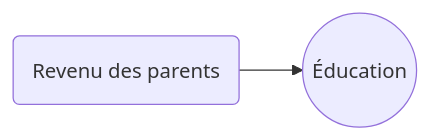
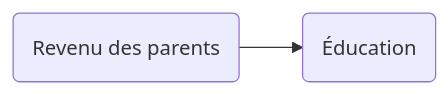
The ninth of 39 diagrams in presentation_goa/index.qmd (laurenceomfoisy/laurenceoliviermfoisy), drawn with Mermaid before and after one commit. The commit also changed other lines of this file and 1 other file, not shown here.

````diff
--- a/presentation_goa/index.qmd
+++ b/presentation_goa/index.qmd
@@ -125,4 +125,4 @@
 ```{mermaid}
 graph LR;
-    Z2(Revenu des parents) --> X((Éducation));
+    Z2(Revenu des parents) --> X(Éducation);
 ```
````
